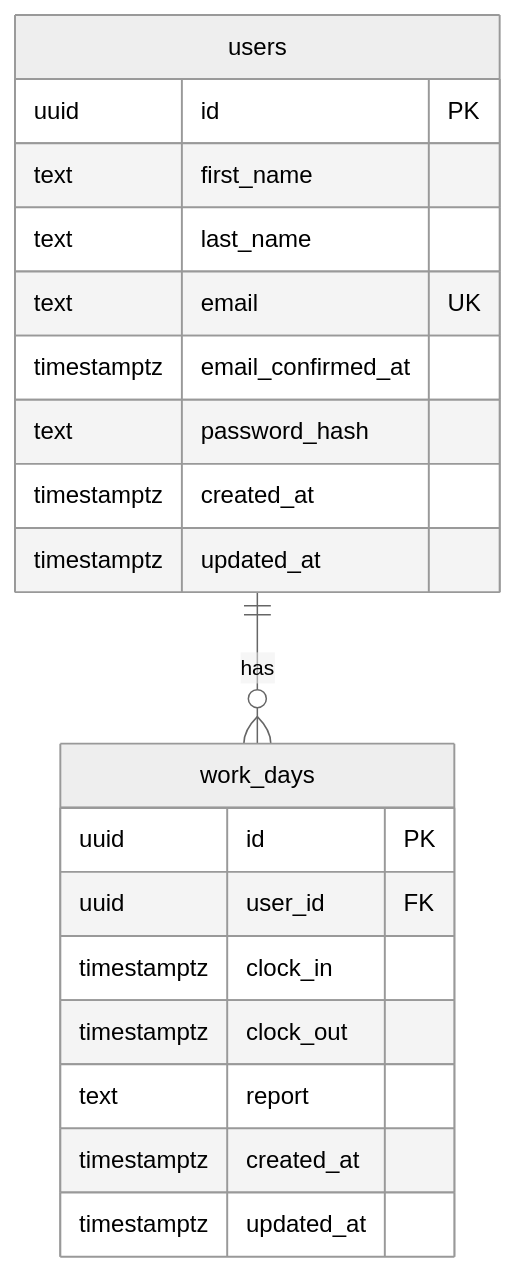
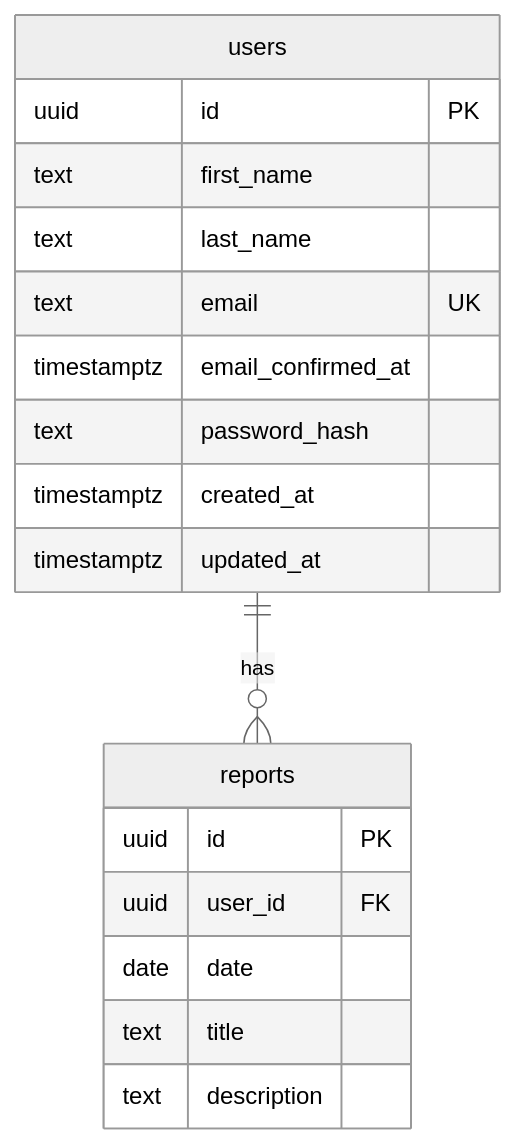
The diagram in docs/data-model.md (gianluca-schulz/apprentice-clock), drawn with Mermaid (neutral theme) before and after one commit. The commit also changed other lines of this file and 8 other files, not shown here.

First line of the commit message:
feat(backend): replace work_days with a reports table (#28)

````diff
--- a/docs/data-model.md
+++ b/docs/data-model.md
@@ -94,23 +84,21 @@
 ```mermaid
 erDiagram
-    users ||--o{ work_days : "has"
+    users ||--o{ reports : "has"
     users {
         uuid id PK
         text first_name
         text last_name
         text email UK
         timestamptz email_confirmed_at
         text password_hash
         timestamptz created_at
         timestamptz updated_at
     }
-    work_days {
+    reports {
         uuid id PK
         uuid user_id FK
-        timestamptz clock_in
-        timestamptz clock_out
-        text report
-        timestamptz created_at
-        timestamptz updated_at
+        date date
+        text title
+        text description
     }
 ```
````
